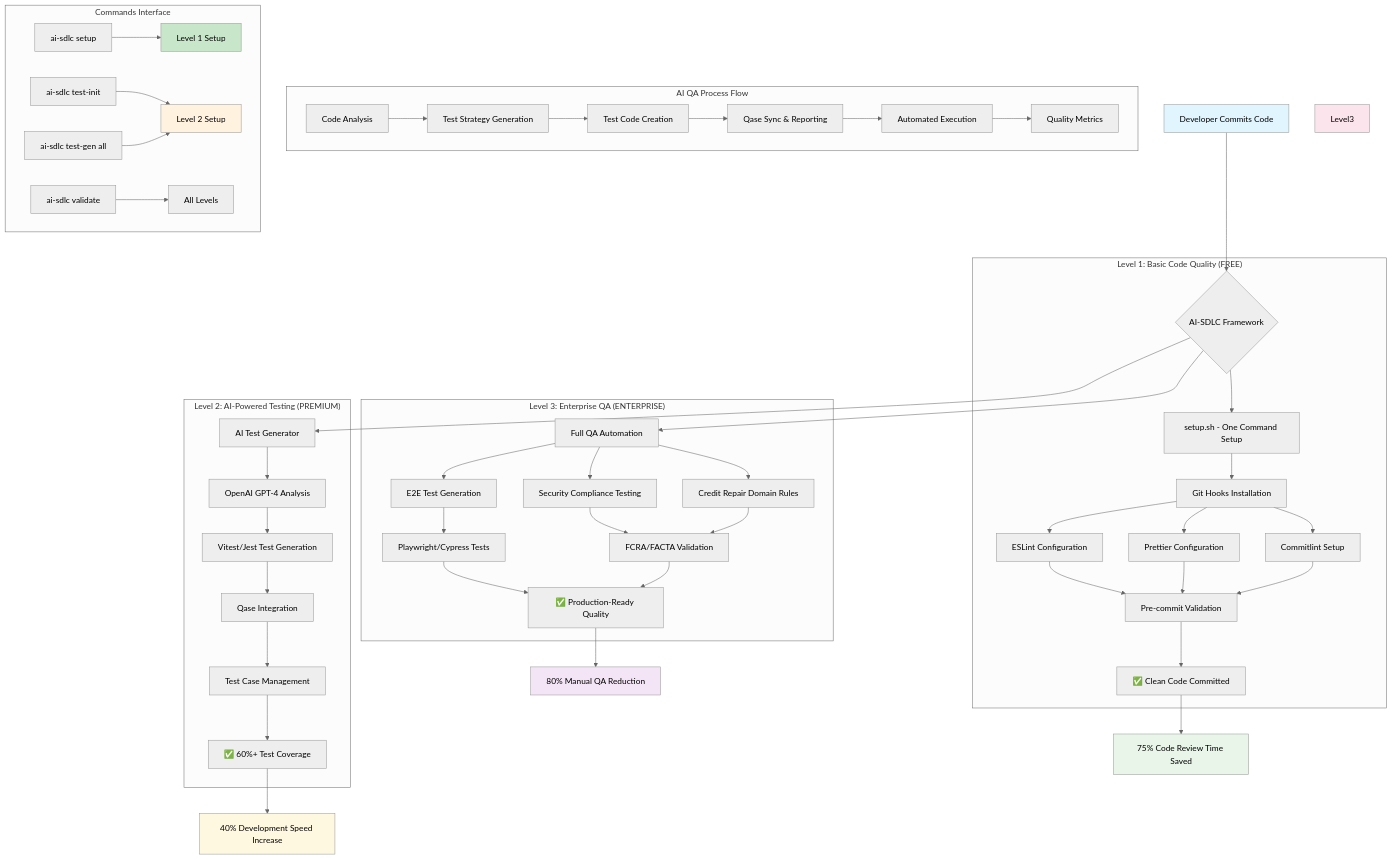
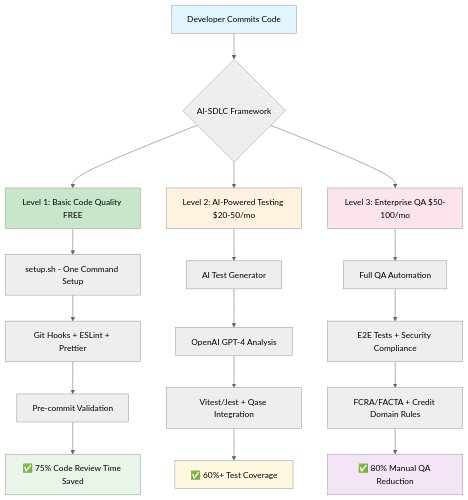
Before and after one commit to nydamon/ai-sdlc-docs: the first of 2 diagrams in docs/architecture-simplified.md, drawn with Mermaid (neutral theme). The commit also changed other lines of this file and 1 other file, not shown here.

Commit message:
fix: enable Mermaid diagram rendering in MkDocs
- Add Mermaid support to mkdocs.yml with custom fences and JavaScript
- Simplify architecture diagram for better MkDocs compatibility
- Add progressive implementation flow diagram
- Remove complex subgraph syntax that caused rendering issues

🤖 Generated with [Claude Code](https://claude.ai/code)

````diff
--- a/docs/architecture-simplified.md
+++ b/docs/architecture-simplified.md
@@ -9,64 +9,31 @@
 ```mermaid
 graph TD
     A[Developer Commits Code] --> B{AI-SDLC Framework}
 
-    subgraph "Level 1: Basic Code Quality (FREE)"
-        B --> C[setup.sh - One Command Setup]
-        C --> D[Git Hooks Installation]
-        D --> E[ESLint Configuration]
-        D --> F[Prettier Configuration]
-        D --> G[Commitlint Setup]
-        E --> H[Pre-commit Validation]
-        F --> H
-        G --> H
-        H --> I[✅ Clean Code Committed]
-    end
+    B --> L1[Level 1: Basic Code Quality FREE]
+    B --> L2[Level 2: AI-Powered Testing $20-50/mo]
+    B --> L3[Level 3: Enterprise QA $50-100/mo]
 
-    subgraph "Level 2: AI-Powered Testing (PREMIUM)"
-        B --> J[AI Test Generator]
-        J --> K[OpenAI GPT-4 Analysis]
-        K --> L[Vitest/Jest Test Generation]
-        L --> M[Qase Integration]
-        M --> N[Test Case Management]
-        N --> O[✅ 60%+ Test Coverage]
-    end
+    L1 --> C[setup.sh - One Command Setup]
+    C --> D[Git Hooks + ESLint + Prettier]
+    D --> E[Pre-commit Validation]
+    E --> R1[✅ 75% Code Review Time Saved]
 
-    subgraph "Level 3: Enterprise QA (ENTERPRISE)"
-        B --> P[Full QA Automation]
-        P --> Q[E2E Test Generation]
-        P --> R[Security Compliance Testing]
-        P --> S[Credit Repair Domain Rules]
-        Q --> T[Playwright/Cypress Tests]
-        R --> U[FCRA/FACTA Validation]
-        S --> U
-        T --> V[✅ Production-Ready Quality]
-        U --> V
-    end
+    L2 --> F[AI Test Generator]
+    F --> G[OpenAI GPT-4 Analysis]
+    G --> H[Vitest/Jest + Qase Integration]
+    H --> R2[✅ 60%+ Test Coverage]
 
-    subgraph "AI QA Process Flow"
-        W[Code Analysis] --> X[Test Strategy Generation]
-        X --> Y[Test Code Creation]
-        Y --> Z[Qase Sync & Reporting]
-        Z --> AA[Automated Execution]
-        AA --> BB[Quality Metrics]
-    end
-
-    subgraph "Commands Interface"
-        CC[ai-sdlc setup] --> Level1[Level 1 Setup]
-        DD[ai-sdlc test-init] --> Level2[Level 2 Setup]
-        EE[ai-sdlc test-gen all] --> Level2
-        FF[ai-sdlc validate] --> AllLevels[All Levels]
-    end
-
-    I --> Stats1[75% Code Review Time Saved]
-    O --> Stats2[40% Development Speed Increase]
-    V --> Stats3[80% Manual QA Reduction]
+    L3 --> I[Full QA Automation]
+    I --> J[E2E Tests + Security Compliance]
+    J --> K[FCRA/FACTA + Credit Domain Rules]
+    K --> R3[✅ 80% Manual QA Reduction]
 
     style A fill:#e1f5fe
-    style Level1 fill:#c8e6c9
-    style Level2 fill:#fff3e0
-    style Level3 fill:#fce4ec
-    style Stats1 fill:#e8f5e8
-    style Stats2 fill:#fff8e1
-    style Stats3 fill:#f3e5f5
+    style L1 fill:#c8e6c9
+    style L2 fill:#fff3e0
+    style L3 fill:#fce4ec
+    style R1 fill:#e8f5e8
+    style R2 fill:#fff8e1
+    style R3 fill:#f3e5f5
 ```
````
